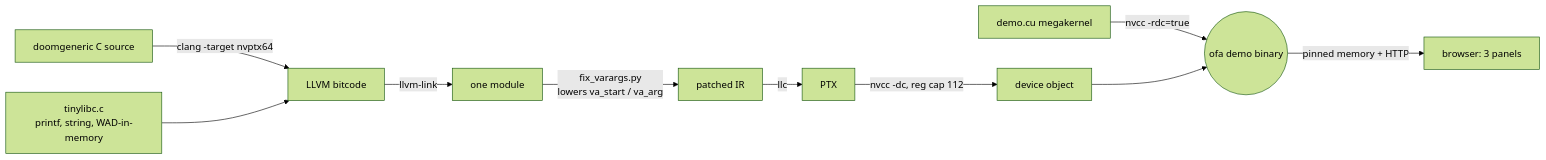
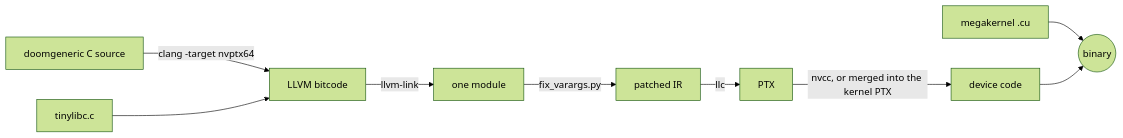
The third of 3 diagrams in README.md (Bobliuuu/open-flapping-airplanes), drawn with Mermaid (forest theme) before and after one commit. The commit also changed other lines of this file and 4 other files, not shown here.

````diff
--- a/README.md
+++ b/README.md
@@ -71,12 +137,11 @@
 ```mermaid
 flowchart LR
     A[doomgeneric C source] -->|clang -target nvptx64| B[LLVM bitcode]
-    T[tinylibc.c<br/>printf, string, WAD-in-memory] --> B
+    T[tinylibc.c] --> B
     B -->|llvm-link| C[one module]
-    C -->|fix_varargs.py<br/>lowers va_start / va_arg| D[patched IR]
+    C -->|fix_varargs.py| D[patched IR]
     D -->|llc| E[PTX]
-    E -->|nvcc -dc, reg cap 112| F[device object]
-    G[demo.cu megakernel] -->|nvcc -rdc=true| H((ofa demo binary))
+    E -->|nvcc, or merged into the kernel PTX| F[device code]
+    G[megakernel .cu] --> H((binary))
     F --> H
-    H -->|pinned memory + HTTP| I[browser: 3 panels]
 ```
````
